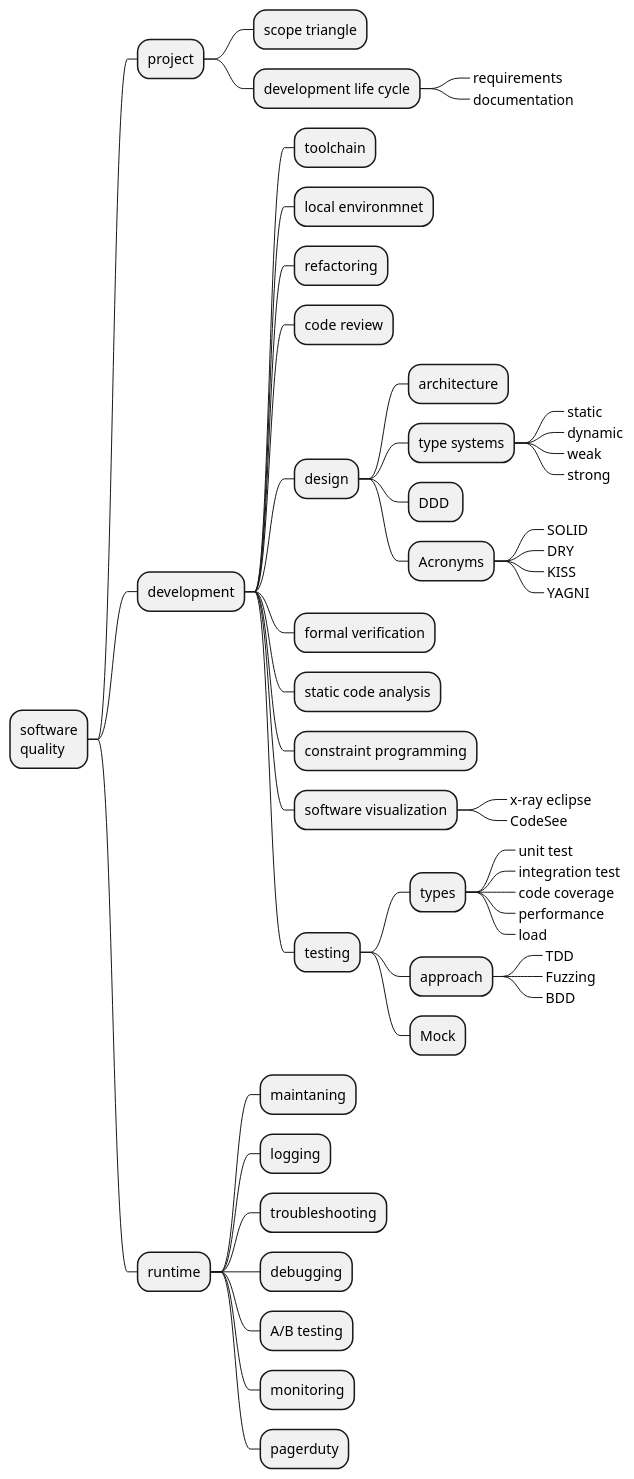
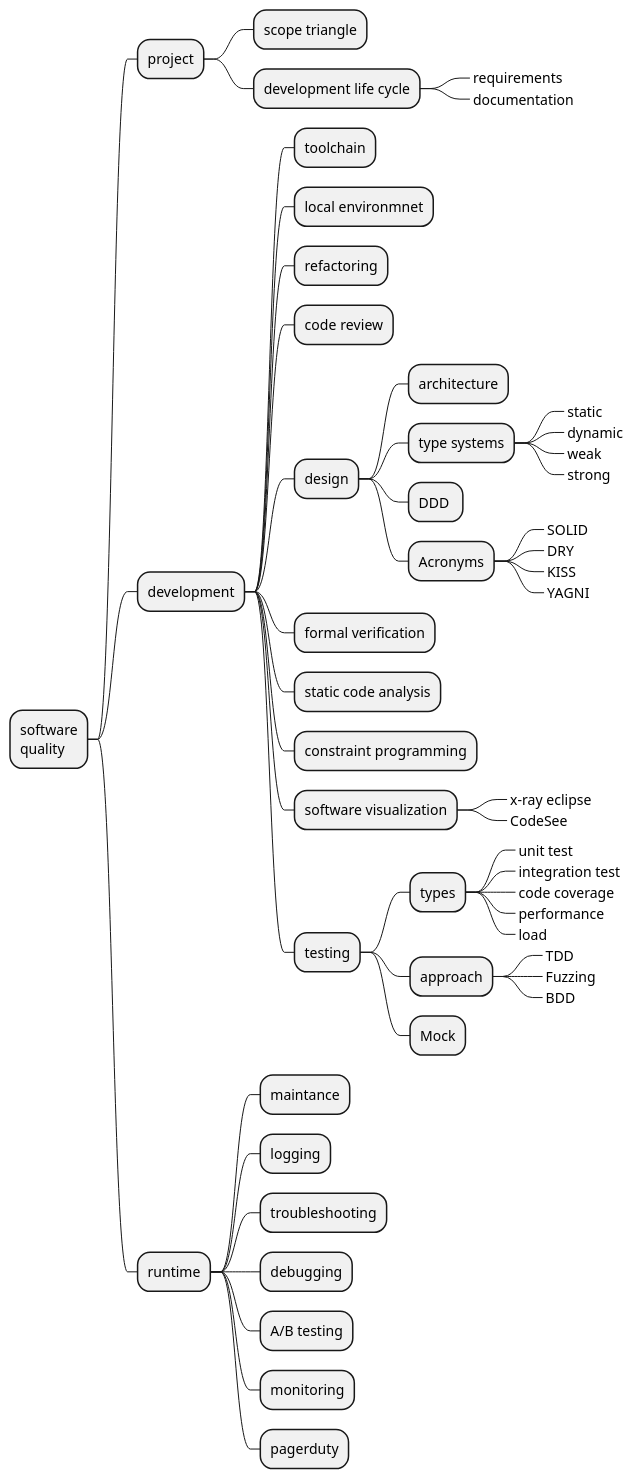
Before and after one commit to levplotkin/code-quality-roadmap: the diagram in software-quality-roadmap.iuml, drawn with PlantUML.

```diff
--- a/software-quality-roadmap.iuml
+++ b/software-quality-roadmap.iuml
@@ -1,52 +1,52 @@
 @startmindmap
 * software\nquality
  * project
   * scope triangle
   * development life cycle
    *_ requirements
    *_ documentation
  * development
   * toolchain
   * local environmnet
   * refactoring
   * code review
   * design
    * architecture
    * type systems
     *_ static
     *_ dynamic
     *_ weak
     *_ strong
    * DDD 
    * Acronyms
     *_ SOLID
     *_ DRY
     *_ KISS
     *_ YAGNI
   * formal verification
   * static code analysis
   * constraint programming
   * software visualization
    *_ x-ray eclipse
    *_ CodeSee
   * testing
    * types
     *_ unit test
     *_ integration test
     *_ code coverage
     *_ performance
     *_ load
    * approach
     *_ TDD
     *_ Fuzzing
     *_ BDD
    * Mock
  * runtime
-  * maintaning
+  * maintance
   * logging
   * troubleshooting
   * debugging
   * A/B testing
   * monitoring
   * pagerduty
 @endmindmap
```
